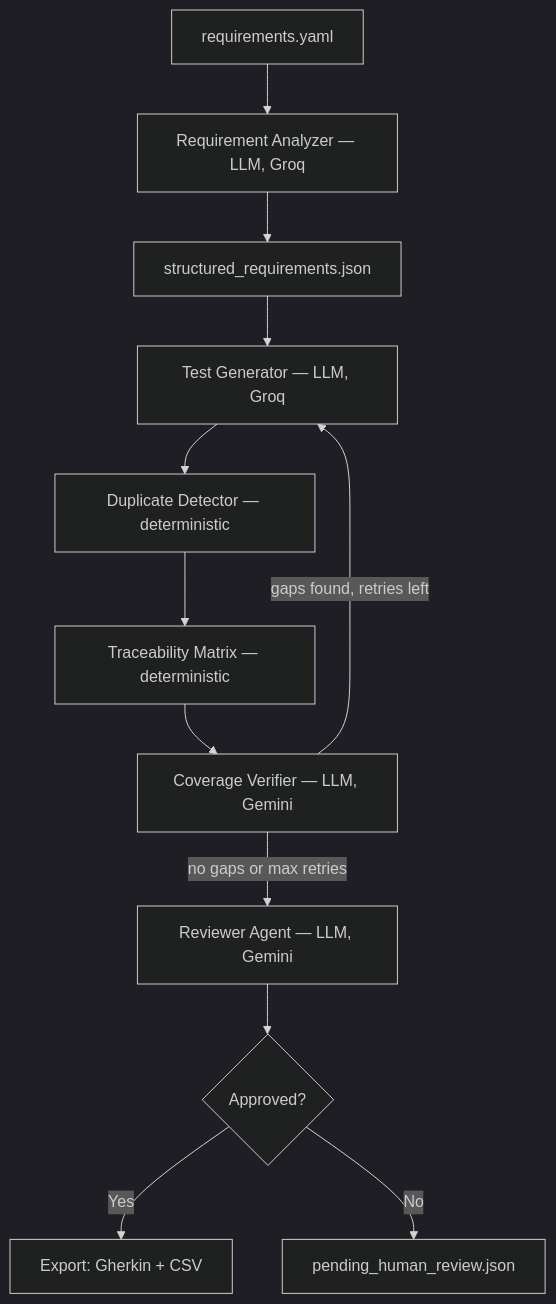
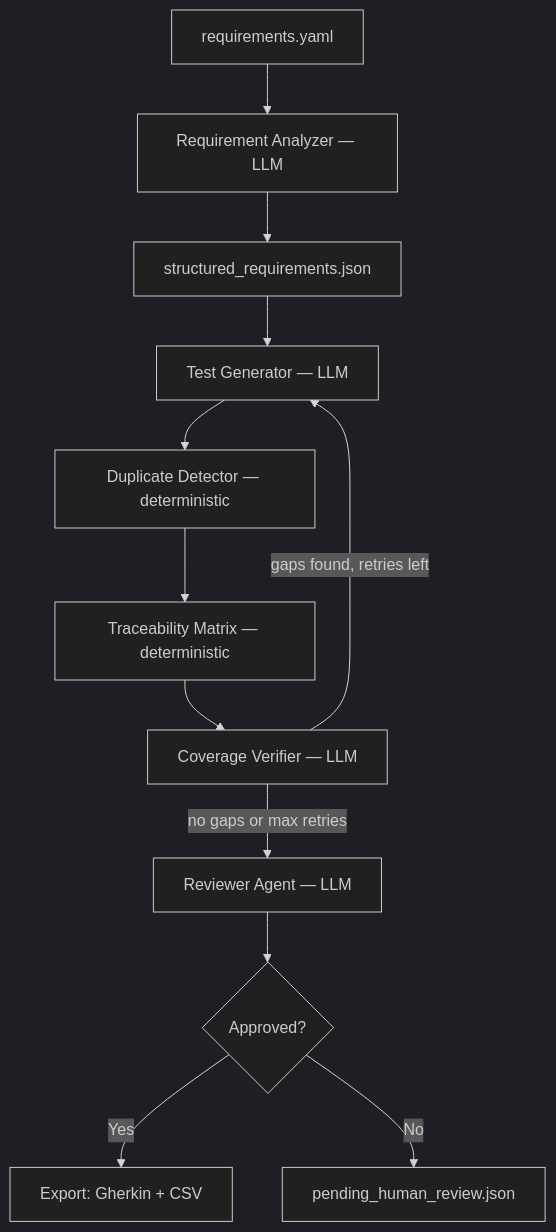
The diagram in README.md (GodeJayaPrakashVarma/TestCaseGenerator), drawn with Mermaid (dark theme) before and after one commit.

````diff
--- a/README.md
+++ b/README.md
@@ -9,14 +9,14 @@
 ```mermaid
 flowchart TD
-    A[requirements.yaml] --> B[Requirement Analyzer — LLM, Groq]
+    A[requirements.yaml] --> B[Requirement Analyzer — LLM]
     B --> C[structured_requirements.json]
-    C --> D[Test Generator — LLM, Groq]
+    C --> D[Test Generator — LLM]
     D --> E[Duplicate Detector — deterministic]
     E --> F[Traceability Matrix — deterministic]
-    F --> G[Coverage Verifier — LLM, Gemini]
+    F --> G[Coverage Verifier — LLM]
     G -->|gaps found, retries left| D
-    G -->|no gaps or max retries| H[Reviewer Agent — LLM, Gemini]
+    G -->|no gaps or max retries| H[Reviewer Agent — LLM]
     H --> I{Approved?}
     I -->|Yes| J[Export: Gherkin + CSV]
     I -->|No| K[pending_human_review.json]
 ```
````
